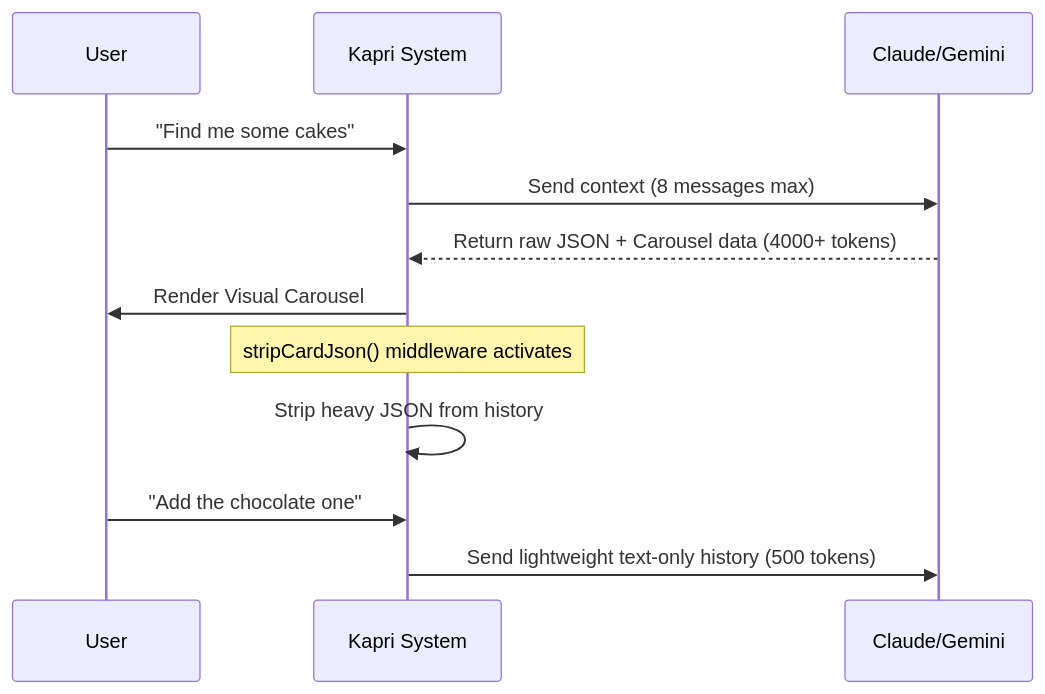
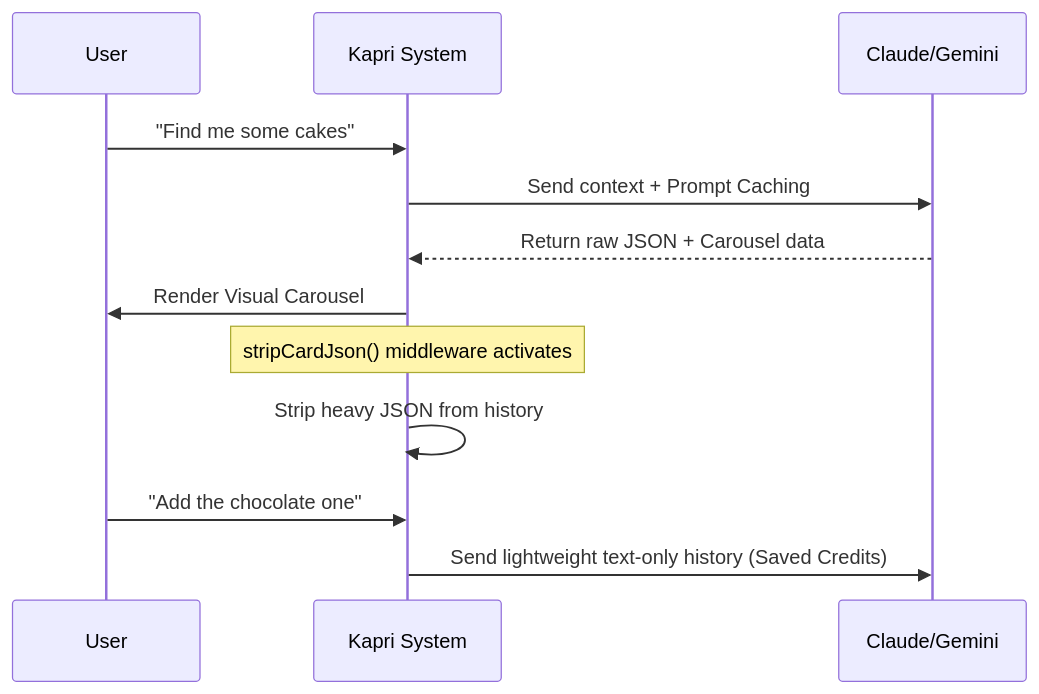
The sixth of 6 diagrams in submition/presentation_script.md (LasaKaru/kapri), drawn with Mermaid before and after one commit. The commit also changed other lines of this file and 1 other file, not shown here.

````diff
--- a/submition/presentation_script.md
+++ b/submition/presentation_script.md
@@ -187,15 +149,15 @@
 ```mermaid
 sequenceDiagram
     participant User
     participant Kapri as Kapri System
     participant LLM as Claude/Gemini
     
     User->>Kapri: "Find me some cakes"
-    Kapri->>LLM: Send context (8 messages max)
-    LLM-->>Kapri: Return raw JSON + Carousel data (4000+ tokens)
+    Kapri->>LLM: Send context + Prompt Caching
+    LLM-->>Kapri: Return raw JSON + Carousel data
     Kapri->>User: Render Visual Carousel
     Note over Kapri: stripCardJson() middleware activates
     Kapri->>Kapri: Strip heavy JSON from history
     User->>Kapri: "Add the chocolate one"
-    Kapri->>LLM: Send lightweight text-only history (500 tokens)
+    Kapri->>LLM: Send lightweight text-only history (Saved Credits)
 ```
````
